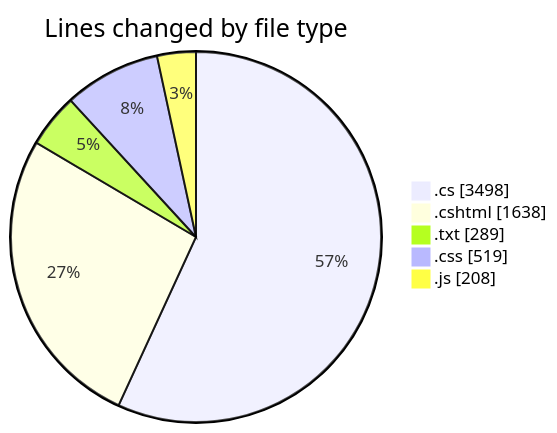
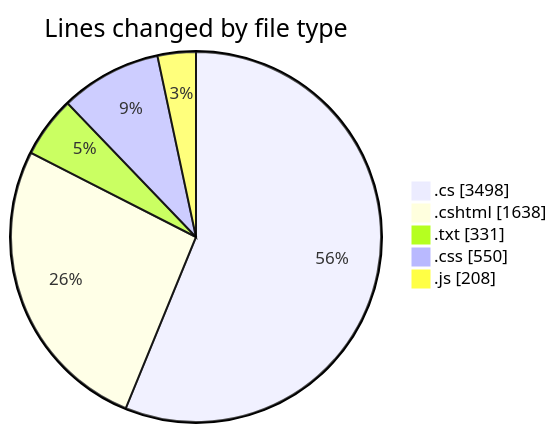
One commit to lephambinh05/code-tracking changed the first of 2 diagrams in 2025-07-28/quanlyrapchieuphim-1/README.md. Above: the diagram before and after it, drawn with Mermaid. The commit also changed other lines of this file and 1 other file, not shown here.

````diff
--- a/2025-07-28/quanlyrapchieuphim-1/README.md
+++ b/2025-07-28/quanlyrapchieuphim-1/README.md
@@ -36,9 +36,9 @@
 ```mermaid
 pie showData
 title Lines changed by file type
 ".cs" : 3498
 ".cshtml" : 1638
-".txt" : 289
-".css" : 519
+".txt" : 331
+".css" : 550
 ".js" : 208
 ```
````
